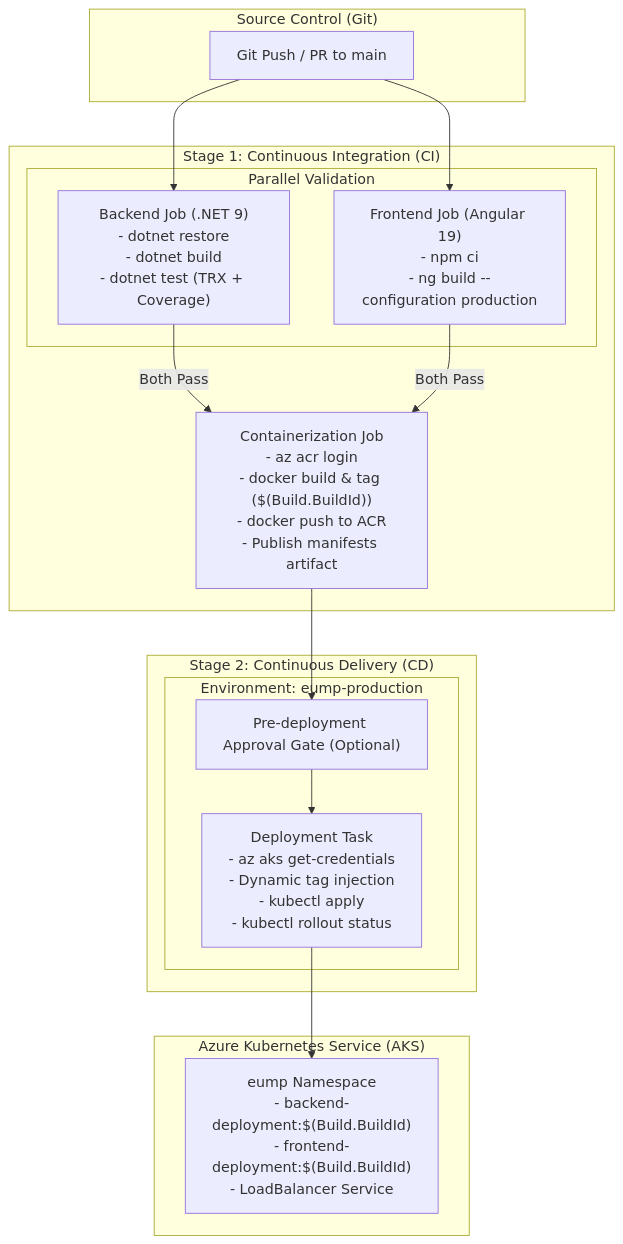
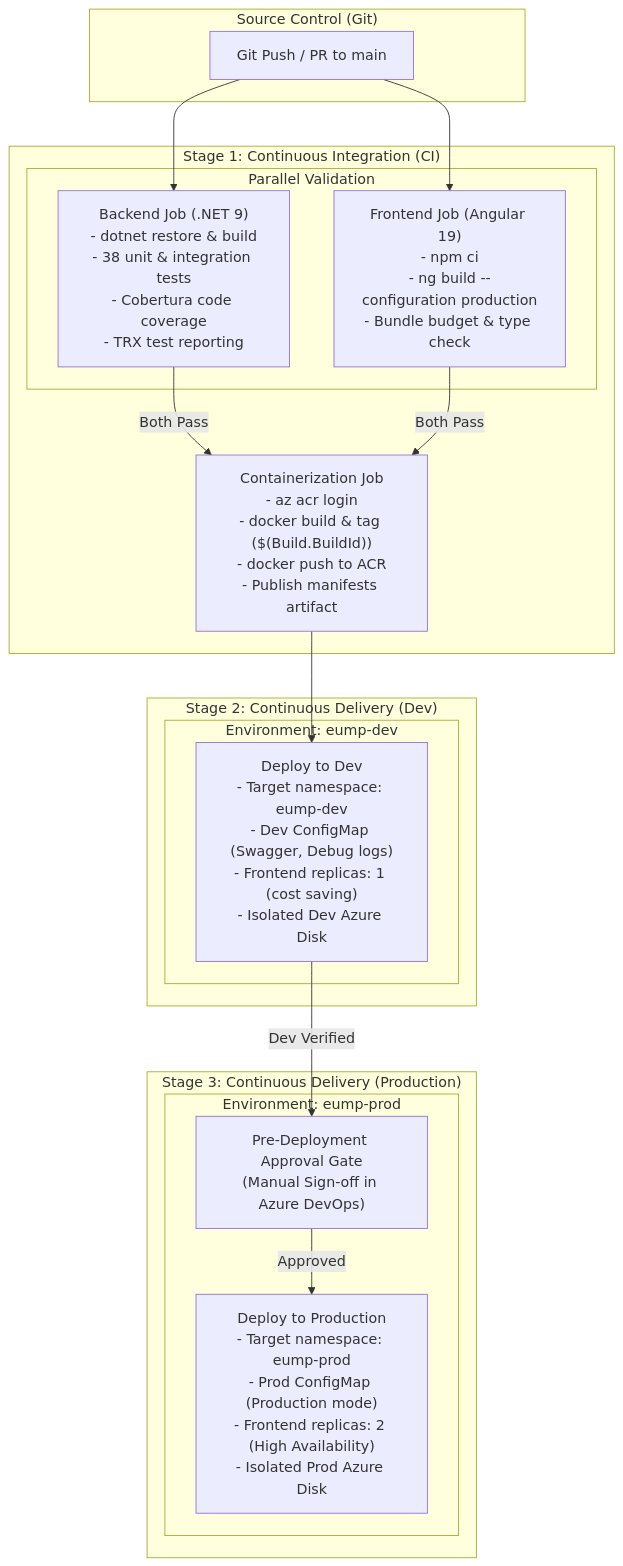
Before and after one commit to nagavjm/EnterpriseUserManagementPlatform: the diagram in docs/azure-devops-cicd-guide.md, drawn with Mermaid. The commit also changed other lines of this file and 13 other files, not shown here.

````diff
--- a/docs/azure-devops-cicd-guide.md
+++ b/docs/azure-devops-cicd-guide.md
@@ -9,32 +9,34 @@
 ```mermaid
 graph TD
     subgraph Git["Source Control (Git)"]
         Commit["Git Push / PR to main"]
     end
 
     subgraph CI["Stage 1: Continuous Integration (CI)"]
         subgraph ParallelValidation["Parallel Validation"]
-            Job1["Backend Job (.NET 9)<br/>- dotnet restore<br/>- dotnet build<br/>- dotnet test (TRX + Coverage)"]
-            Job2["Frontend Job (Angular 19)<br/>- npm ci<br/>- ng build --configuration production"]
+            Job1["Backend Job (.NET 9)<br/>- dotnet restore & build<br/>- 38 unit & integration tests<br/>- Cobertura code coverage<br/>- TRX test reporting"]
+            Job2["Frontend Job (Angular 19)<br/>- npm ci<br/>- ng build --configuration production<br/>- Bundle budget & type check"]
         end
 
         Job3["Containerization Job<br/>- az acr login<br/>- docker build & tag ($(Build.BuildId))<br/>- docker push to ACR<br/>- Publish manifests artifact"]
     end
 
-    subgraph CD["Stage 2: Continuous Delivery (CD)"]
-        subgraph Env["Environment: eump-production"]
-            Approval["Pre-deployment Approval Gate (Optional)"]
-            Deploy["Deployment Task<br/>- az aks get-credentials<br/>- Dynamic tag injection<br/>- kubectl apply<br/>- kubectl rollout status"]
+    subgraph CDDev["Stage 2: Continuous Delivery (Dev)"]
+        subgraph EnvDev["Environment: eump-dev"]
+            DeployDev["Deploy to Dev<br/>- Target namespace: eump-dev<br/>- Dev ConfigMap (Swagger, Debug logs)<br/>- Frontend replicas: 1 (cost saving)<br/>- Isolated Dev Azure Disk"]
         end
     end
 
-    subgraph AKSCluster["Azure Kubernetes Service (AKS)"]
-        Pods["eump Namespace<br/>- backend-deployment:$(Build.BuildId)<br/>- frontend-deployment:$(Build.BuildId)<br/>- LoadBalancer Service"]
+    subgraph CDProd["Stage 3: Continuous Delivery (Production)"]
+        subgraph EnvProd["Environment: eump-prod"]
+            Gate["Pre-Deployment Approval Gate<br/>(Manual Sign-off in Azure DevOps)"]
+            DeployProd["Deploy to Production<br/>- Target namespace: eump-prod<br/>- Prod ConfigMap (Production mode)<br/>- Frontend replicas: 2 (High Availability)<br/>- Isolated Prod Azure Disk"]
+        end
     end
 
     Commit --> Job1 & Job2
     Job1 & Job2 -->|Both Pass| Job3
-    Job3 --> Approval
-    Approval --> Deploy
-    Deploy --> Pods
+    Job3 --> DeployDev
+    DeployDev -->|Dev Verified| Gate
+    Gate -->|Approved| DeployProd
 ```
````
